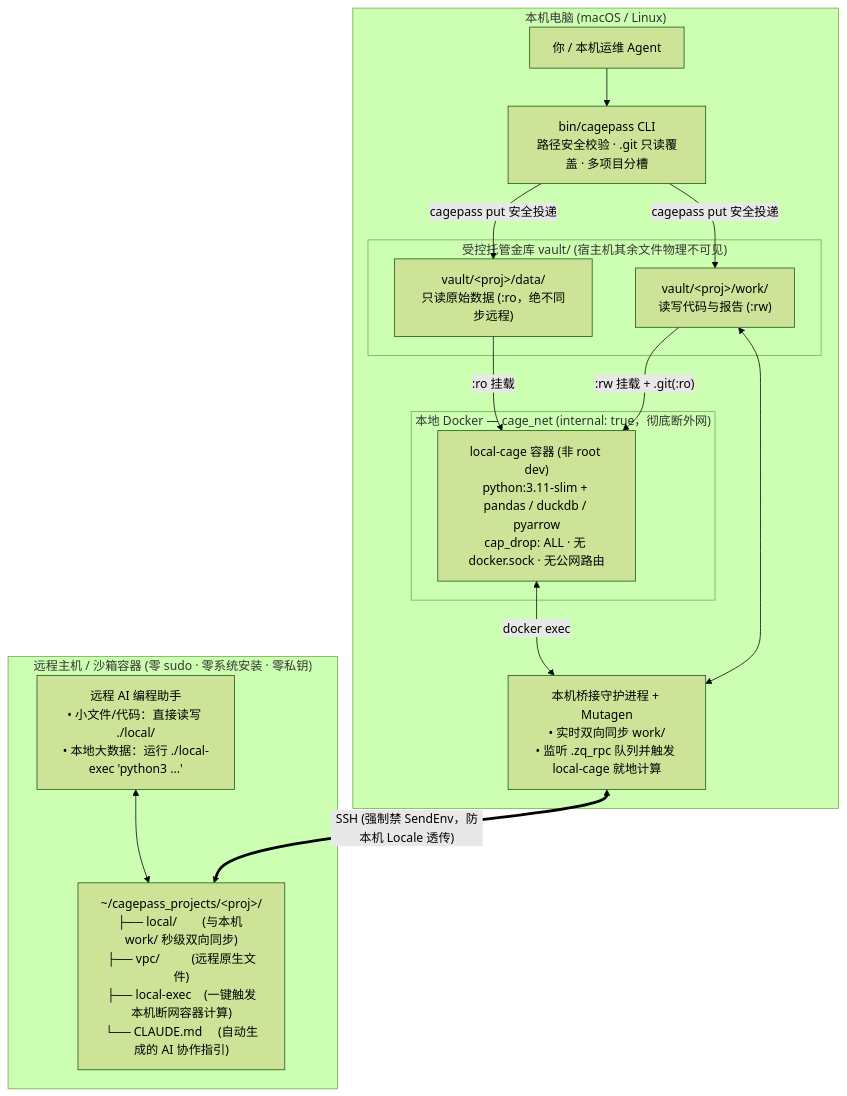
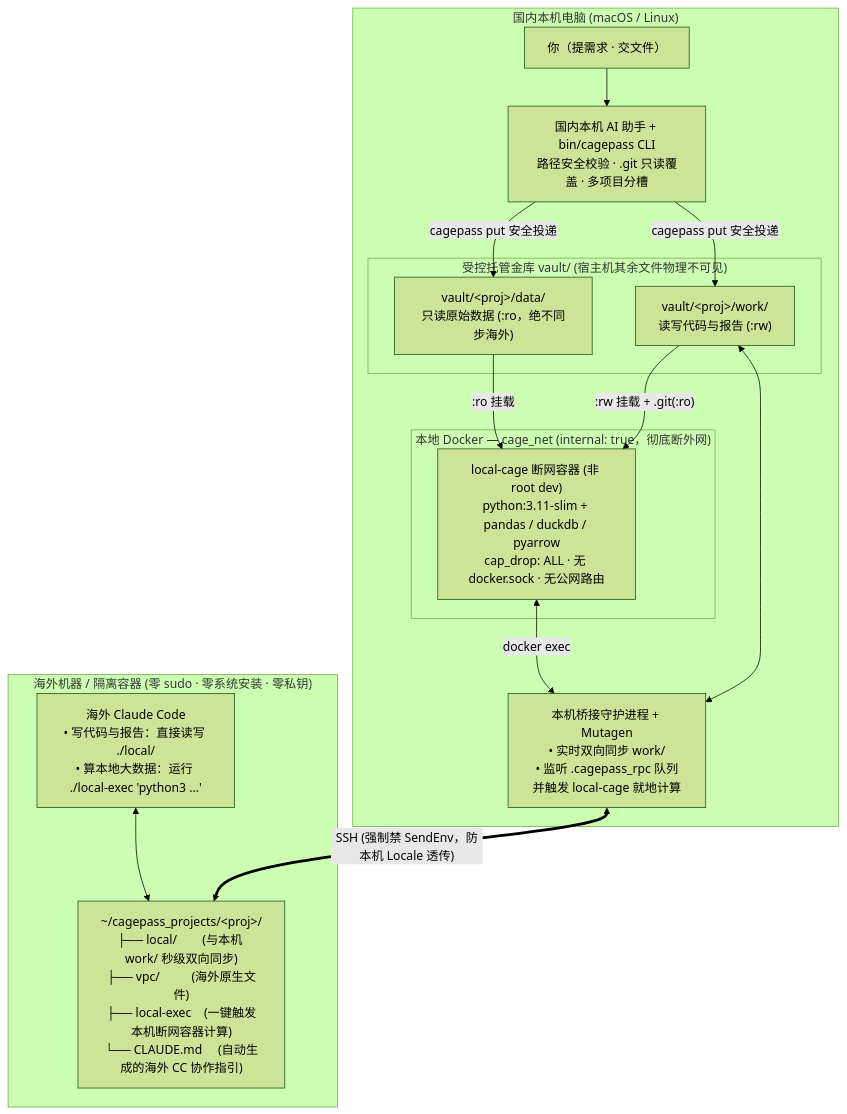
One commit to zeqi-git/CagePass changed the diagram in README.md. Above: the diagram before and after it, drawn with Mermaid (forest theme). The commit also changed other lines of this file and 19 other files, not shown here.

````diff
--- a/README.md
+++ b/README.md
@@ -50,33 +56,33 @@
 ```mermaid
 flowchart TB
-    subgraph Local["本机电脑 (macOS / Linux)"]
-        User["你 / 本机运维 Agent"] --> CLI["bin/cagepass CLI\n路径安全校验 · .git 只读覆盖 · 多项目分槽"]
+    subgraph Local["国内本机电脑 (macOS / Linux)"]
+        User["你（提需求 · 交文件）"] --> LocalAI["国内本机 AI 助手 + bin/cagepass CLI\n路径安全校验 · .git 只读覆盖 · 多项目分槽"]
 
         subgraph Vault["受控托管金库 vault/ (宿主机其余文件物理不可见)"]
-            Data["vault/&lt;proj&gt;/data/\n只读原始数据 (:ro，绝不同步远程)"]
+            Data["vault/&lt;proj&gt;/data/\n只读原始数据 (:ro，绝不同步海外)"]
             Work["vault/&lt;proj&gt;/work/\n读写代码与报告 (:rw)"]
         end
 
-        CLI -->|"cagepass put 安全投递"| Data
-        CLI -->|"cagepass put 安全投递"| Work
+        LocalAI -->|"cagepass put 安全投递"| Data
+        LocalAI -->|"cagepass put 安全投递"| Work
 
         subgraph Docker["本地 Docker — cage_net (internal: true，彻底断外网)"]
-            Cage["local-cage 容器 (非 root dev)\npython:3.11-slim + pandas / duckdb / pyarrow\ncap_drop: ALL · 无 docker.sock · 无公网路由"]
+            Cage["local-cage 断网容器 (非 root dev)\npython:3.11-slim + pandas / duckdb / pyarrow\ncap_drop: ALL · 无 docker.sock · 无公网路由"]
         end
 
         Data -->|":ro 挂载"| Cage
         Work -->|":rw 挂载 + .git(:ro)"| Cage
 
-        Daemon["本机桥接守护进程 + Mutagen\n• 实时双向同步 work/\n• 监听 .zq_rpc 队列并触发 local-cage 就地计算"]
+        Daemon["本机桥接守护进程 + Mutagen\n• 实时双向同步 work/\n• 监听 .cagepass_rpc 队列并触发 local-cage 就地计算"]
         Work <--> Daemon
         Cage <-->|"docker exec"| Daemon
     end
 
-    subgraph Remote["远程主机 / 沙箱容器 (零 sudo · 零系统安装 · 零私钥)"]
-        Dir["~/cagepass_projects/&lt;proj&gt;/\n├── local/        (与本机 work/ 秒级双向同步)\n├── vpc/          (远程原生文件)\n├── local-exec    (一键触发本机断网容器计算)\n└── CLAUDE.md     (自动生成的 AI 协作指引)"]
-        Agent["远程 AI 编程助手\n• 小文件/代码：直接读写 ./local/\n• 本地大数据：运行 ./local-exec 'python3 ...'"]
-        Agent <--> Dir
+    subgraph Remote["海外机器 / 隔离容器 (零 sudo · 零系统安装 · 零私钥)"]
+        Dir["~/cagepass_projects/&lt;proj&gt;/\n├── local/        (与本机 work/ 秒级双向同步)\n├── vpc/          (海外原生文件)\n├── local-exec    (一键触发本机断网容器计算)\n└── CLAUDE.md     (自动生成的海外 CC 协作指引)"]
+        CC["海外 Claude Code\n• 写代码与报告：直接读写 ./local/\n• 算本地大数据：运行 ./local-exec 'python3 ...'"]
+        CC <--> Dir
     end
 
     Daemon <==>|"SSH (强制禁 SendEnv，防本机 Locale 透传)"| Dir
 ```
````
